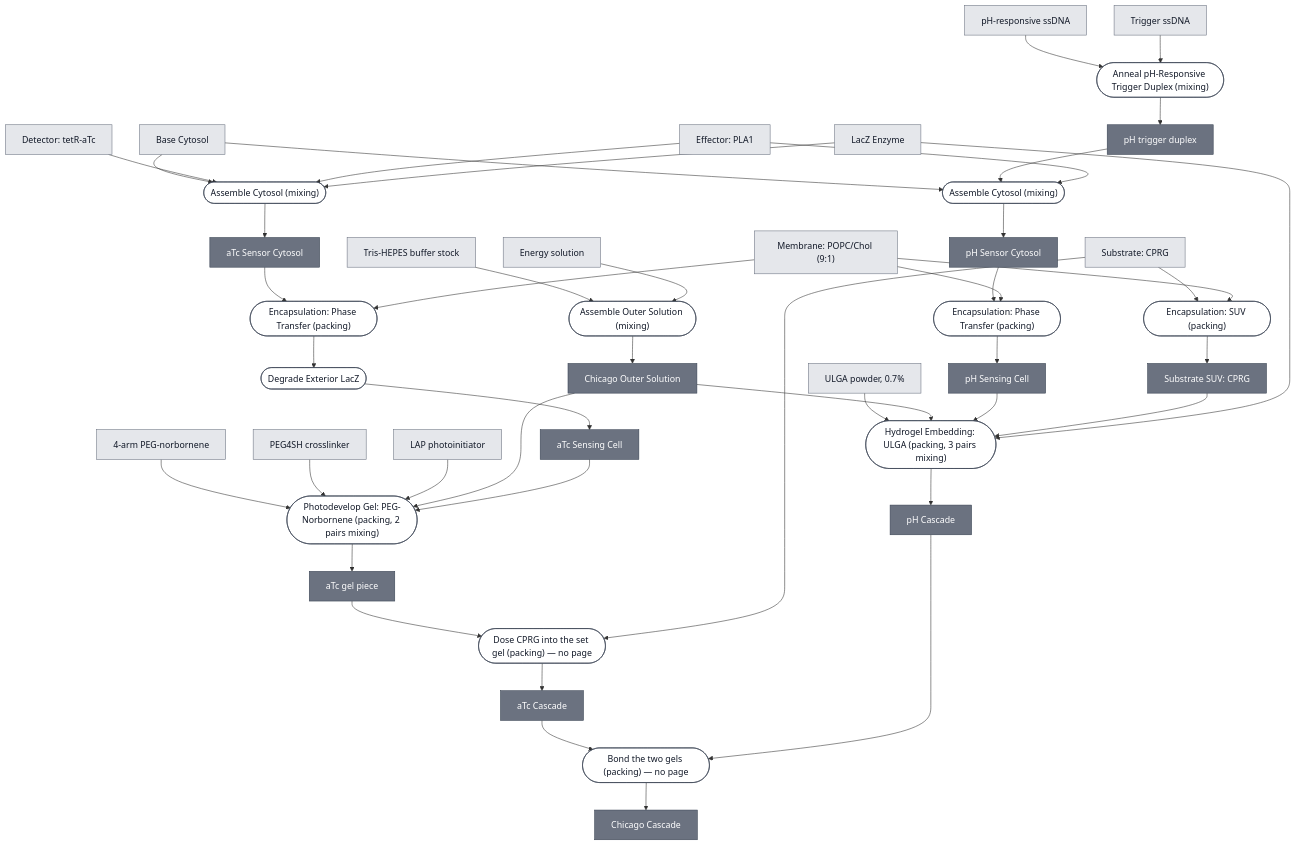
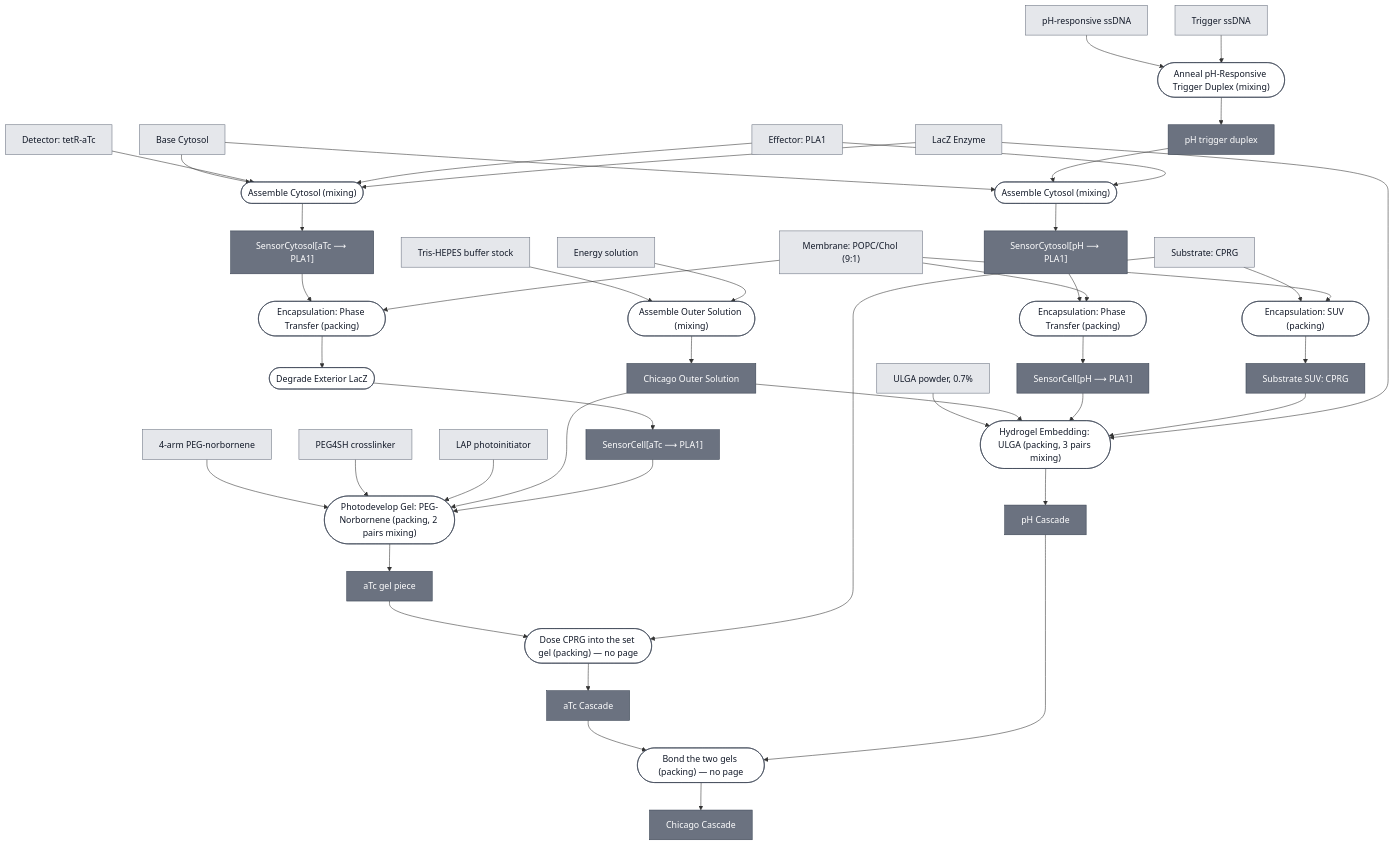
One commit to nucleus-eng/nucleus-docs changed the diagram in docs/modules/chicago-cascade/spec.md. Above: the diagram before and after it, drawn with Mermaid. The commit also changed other lines of this file and 47 other files, not shown here.

```diff
--- a/docs/modules/chicago-cascade/spec.md
+++ b/docs/modules/chicago-cascade/spec.md
@@ -54,10 +54,10 @@
     P1_ASSEMBLE_OUTER_SOLUTION_0(["Assemble Outer Solution (mixing)"])
     OUTER_SOLUTION_CHICAGO["Chicago Outer Solution"]
     P2_ASSEMBLE_ATC_CYTOSOL_0(["Assemble Cytosol (mixing)"])
-    ATC_SENSOR_CYTOSOL["aTc Sensor Cytosol"]
+    ATC_SENSOR_CYTOSOL["SensorCytosol[aTc ⟶ PLA1]"]
     P3_ENCAPSULATE_ATC_0(["Encapsulation: Phase Transfer (packing)"])
     P3_ENCAPSULATE_ATC_1(["Degrade Exterior LacZ"])
-    ATC_SENSING_CELL["aTc Sensing Cell"]
+    ATC_SENSING_CELL["SensorCell[aTc ⟶ PLA1]"]
     P4_PHOTODEVELOP_ATC_GEL_0(["Photodevelop Gel: PEG-Norbornene (packing, 2 pairs mixing)"])
     ATC_GEL["aTc gel piece"]
     P5_DOSE_CPRG_INTO_ATC_GEL_0(["Dose CPRG into the set gel (packing) — no page"])
@@ -65,9 +65,9 @@
     P6_ANNEAL_TRIGGER_DUPLEX_0(["Anneal pH-Responsive Trigger Duplex (mixing)"])
     PH_TRIGGER_DUPLEX["pH trigger duplex"]
     P7_ASSEMBLE_PH_CYTOSOL_0(["Assemble Cytosol (mixing)"])
-    PH_SENSOR_CYTOSOL["pH Sensor Cytosol"]
+    PH_SENSOR_CYTOSOL["SensorCytosol[pH ⟶ PLA1]"]
     P8_ENCAPSULATE_PH_0(["Encapsulation: Phase Transfer (packing)"])
-    PH_SENSING_CELL["pH Sensing Cell"]
+    PH_SENSING_CELL["SensorCell[pH ⟶ PLA1]"]
     P9_ENCAPSULATE_SUBSTRATE_SUV_0(["Encapsulation: SUV (packing)"])
     SUBSTRATE_CPRG_SUV["Substrate SUV: CPRG"]
     P10_EMBED_AGAROSE_0(["Hydrogel Embedding: ULGA (packing, 3 pairs mixing)"])
```
